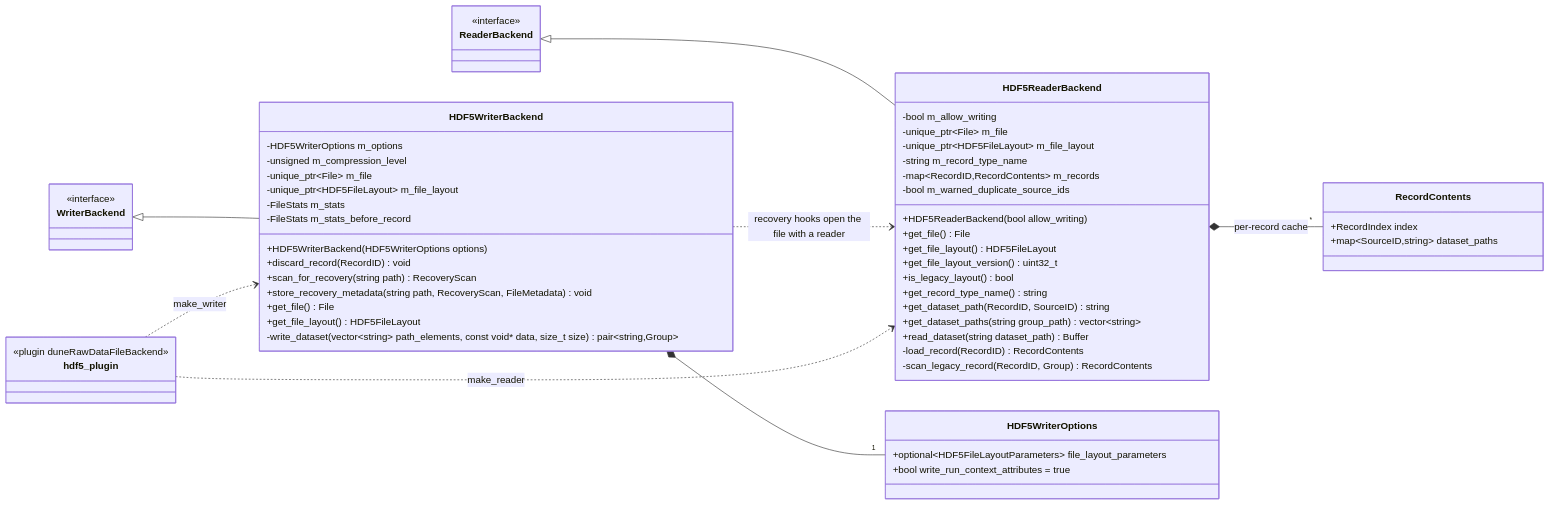
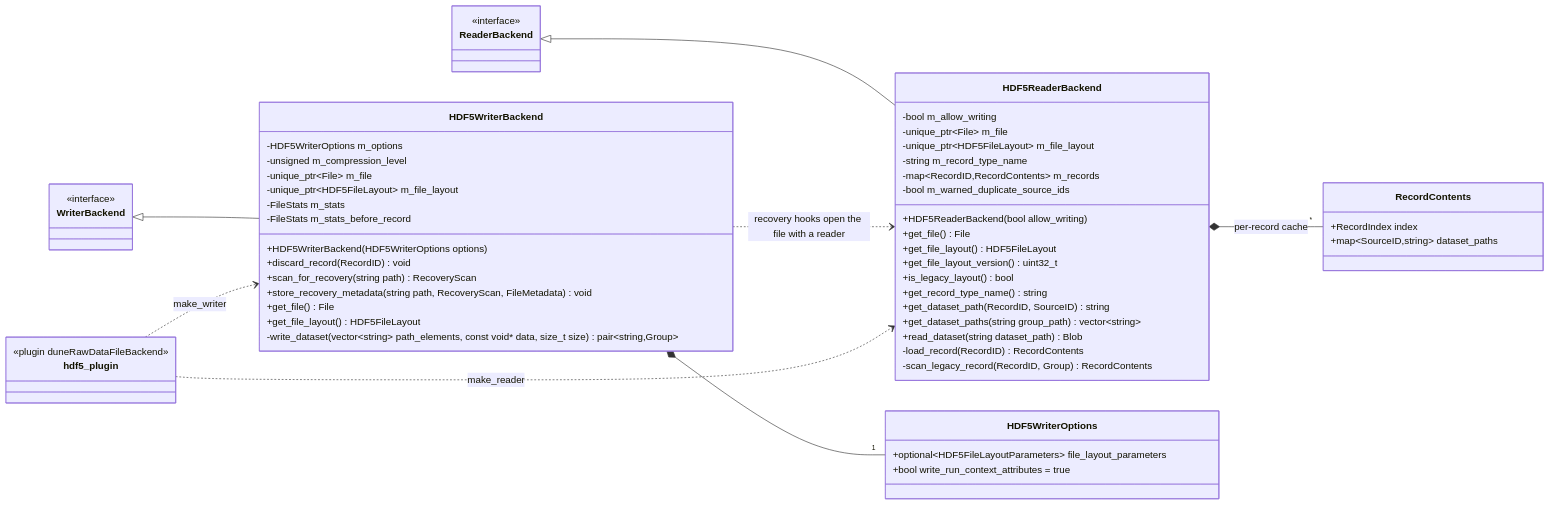
Before and after one commit to wesketchum/rawdatafilelibs: the fifth of 12 diagrams in docs/DESIGN.md, drawn with Mermaid. The commit also changed other lines of this file and 4 other files, not shown here.

````diff
--- a/docs/DESIGN.md
+++ b/docs/DESIGN.md
@@ -519,69 +519,69 @@
 ```mermaid
 classDiagram
     direction LR
 
     class ReaderBackend {
         <<interface>>
     }
     class WriterBackend {
         <<interface>>
     }
 
     class HDF5ReaderBackend {
         -bool m_allow_writing
         -unique_ptr~File~ m_file
         -unique_ptr~HDF5FileLayout~ m_file_layout
         -string m_record_type_name
         -map~RecordID,RecordContents~ m_records
         -bool m_warned_duplicate_source_ids
         +HDF5ReaderBackend(bool allow_writing)
         +get_file() File
         +get_file_layout() HDF5FileLayout
         +get_file_layout_version() uint32_t
         +is_legacy_layout() bool
         +get_record_type_name() string
         +get_dataset_path(RecordID, SourceID) string
         +get_dataset_paths(string group_path) vector~string~
-        +read_dataset(string dataset_path) Buffer
+        +read_dataset(string dataset_path) Blob
         -load_record(RecordID) RecordContents
         -scan_legacy_record(RecordID, Group) RecordContents
     }
 
     class RecordContents {
         +RecordIndex index
         +map~SourceID,string~ dataset_paths
     }
 
     class HDF5WriterOptions {
         +optional~HDF5FileLayoutParameters~ file_layout_parameters
         +bool write_run_context_attributes = true
     }
 
     class HDF5WriterBackend {
         -HDF5WriterOptions m_options
         -unsigned m_compression_level
         -unique_ptr~File~ m_file
         -unique_ptr~HDF5FileLayout~ m_file_layout
         -FileStats m_stats
         -FileStats m_stats_before_record
         +HDF5WriterBackend(HDF5WriterOptions options)
         +discard_record(RecordID) void
         +scan_for_recovery(string path) RecoveryScan
         +store_recovery_metadata(string path, RecoveryScan, FileMetadata) void
         +get_file() File
         +get_file_layout() HDF5FileLayout
         -write_dataset(vector~string~ path_elements, const void* data, size_t size) pair~string,Group~
     }
 
     class hdf5_plugin {
         <<plugin duneRawDataFileBackend>>
     }
 
     ReaderBackend <|-- HDF5ReaderBackend
     WriterBackend <|-- HDF5WriterBackend
     HDF5ReaderBackend *-- "*" RecordContents : per-record cache
     HDF5WriterBackend *-- "1" HDF5WriterOptions
     HDF5WriterBackend ..> HDF5ReaderBackend : recovery hooks open the file with a reader
     hdf5_plugin ..> HDF5ReaderBackend : make_reader
     hdf5_plugin ..> HDF5WriterBackend : make_writer
 ```
````
